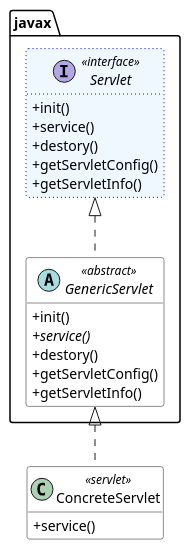
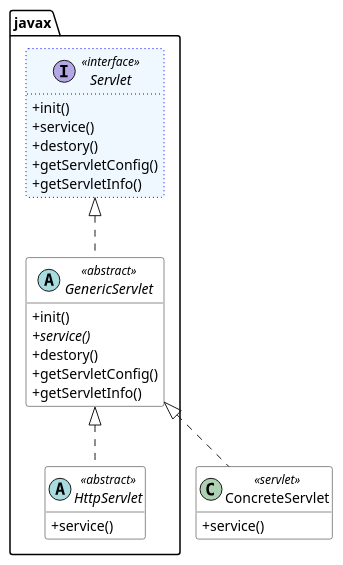
Before and after one commit to wanbaep/java-web-workbook: the diagram in WebWorkbook/uml/servlet.puml, drawn with PlantUML. The commit also changed 4 other files, not shown here.

```diff
--- a/WebWorkbook/uml/servlet.puml
+++ b/WebWorkbook/uml/servlet.puml
@@ -1,29 +1,34 @@
 @startuml
 skinparam classAttributeIconSize 0
 
 interface javax.Servlet <<interface>> #aliceblue ##[dotted]blue {
 +init()
 +service()
 +destory()
 +getServletConfig()
 +getServletInfo()
 }
 
 abstract javax.GenericServlet <<abstract>> #white {
 +init()
 +{abstract} service()
 +destory()
 +getServletConfig()
 +getServletInfo()
 }
 
+abstract javax.HttpServlet <<abstract>> #white{
++service()
+}
+
 class ConcreteServlet <<servlet>> #white {
 +service()
 }
 
 hide fields
 
 javax.Servlet <|.. javax.GenericServlet
+javax.GenericServlet <|.. javax.HttpServlet
 javax.GenericServlet <|.. ConcreteServlet
 
 @enduml
```
